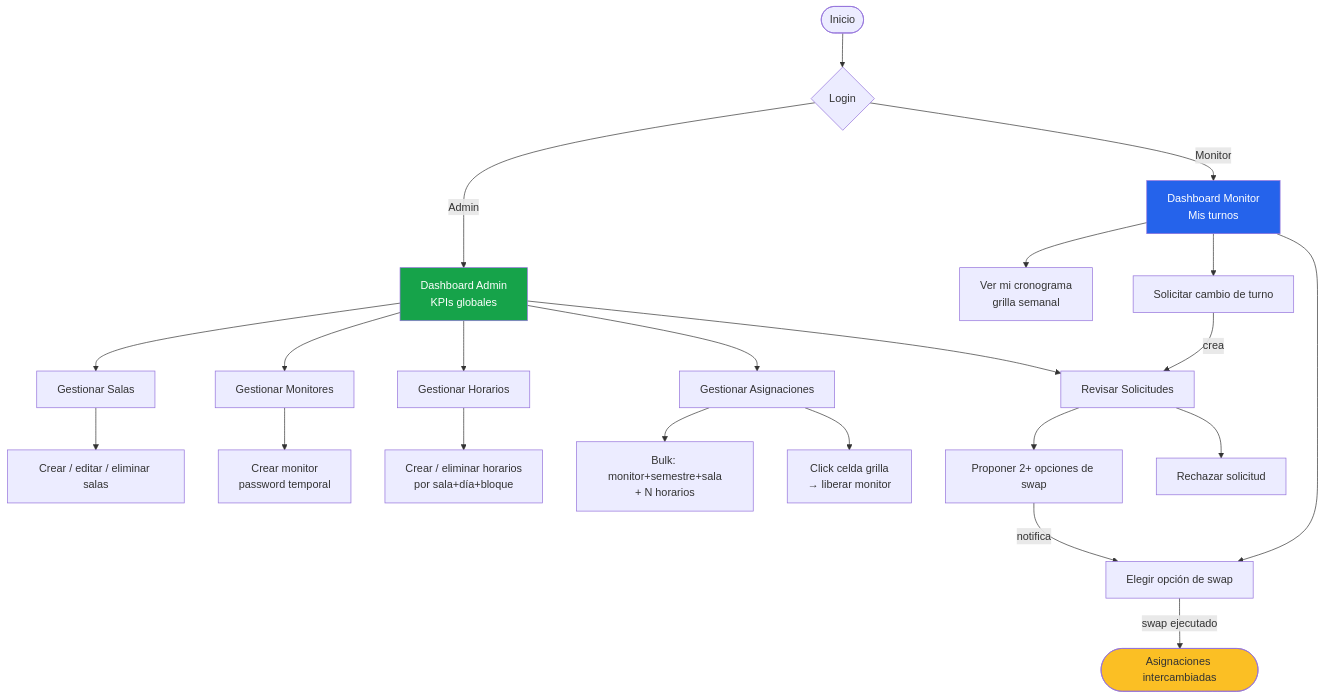
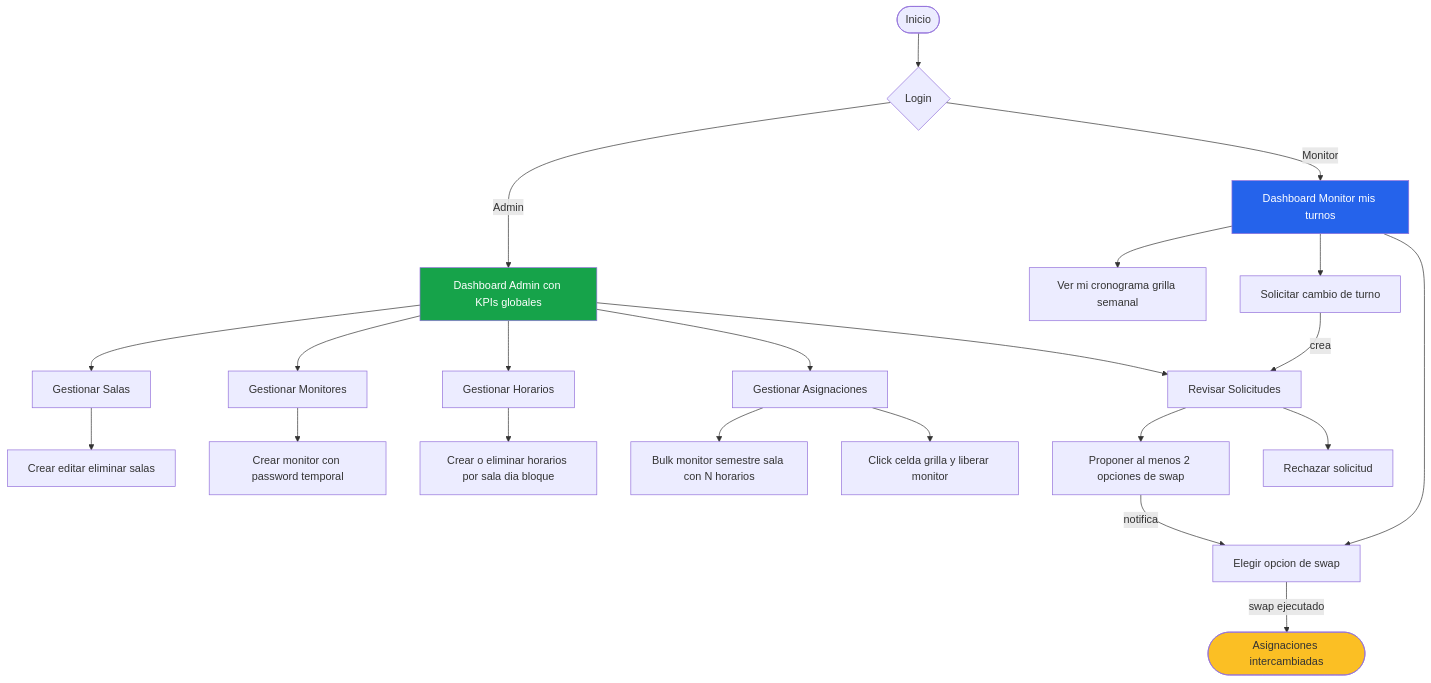
Before and after one commit to FilipaoVfx/Sistema-de-gestion-de-monitores: the ninth of 10 diagrams in README.md, drawn with Mermaid. The commit also changed other lines of this file, not shown here.

Commit message:
docs(readme): sanitiza diagramas Mermaid para GitHub renderer

````diff
--- a/README.md
+++ b/README.md
@@ -614,34 +614,32 @@
 ```mermaid
 flowchart TD
     Start([Inicio]) --> Login{Login}
-    Login -->|Admin| AdminDash[Dashboard Admin<br/>KPIs globales]
-    Login -->|Monitor| MonitorDash[Dashboard Monitor<br/>Mis turnos]
+    Login -->|Admin| AdminDash[Dashboard Admin con KPIs globales]
+    Login -->|Monitor| MonitorDash[Dashboard Monitor mis turnos]
 
-    %% Admin paths
     AdminDash --> A_Salas[Gestionar Salas]
     AdminDash --> A_Mon[Gestionar Monitores]
     AdminDash --> A_Hor[Gestionar Horarios]
     AdminDash --> A_Asig[Gestionar Asignaciones]
     AdminDash --> A_Sol[Revisar Solicitudes]
 
-    A_Salas --> A_SalasCRUD[Crear / editar / eliminar salas]
-    A_Mon --> A_MonCRUD[Crear monitor<br/>password temporal]
-    A_Hor --> A_HorCRUD[Crear / eliminar horarios<br/>por sala+día+bloque]
-    A_Asig --> A_AsigCreate[Bulk: monitor+semestre+sala<br/>+ N horarios]
-    A_Asig --> A_AsigDelete[Click celda grilla<br/>→ liberar monitor]
-    A_Sol --> A_SolPropose[Proponer 2+ opciones de swap]
+    A_Salas --> A_SalasCRUD[Crear editar eliminar salas]
+    A_Mon --> A_MonCRUD[Crear monitor con password temporal]
+    A_Hor --> A_HorCRUD[Crear o eliminar horarios por sala dia bloque]
+    A_Asig --> A_AsigCreate[Bulk monitor semestre sala con N horarios]
+    A_Asig --> A_AsigDelete[Click celda grilla y liberar monitor]
+    A_Sol --> A_SolPropose[Proponer al menos 2 opciones de swap]
     A_Sol --> A_SolReject[Rechazar solicitud]
 
-    %% Monitor paths
-    MonitorDash --> M_VerTurnos[Ver mi cronograma<br/>grilla semanal]
+    MonitorDash --> M_VerTurnos[Ver mi cronograma grilla semanal]
     MonitorDash --> M_Solicitar[Solicitar cambio de turno]
-    MonitorDash --> M_Elegir[Elegir opción de swap]
+    MonitorDash --> M_Elegir[Elegir opcion de swap]
 
     M_Solicitar -->|crea| A_Sol
     A_SolPropose -->|notifica| M_Elegir
     M_Elegir -->|swap ejecutado| End_Swap([Asignaciones intercambiadas])
 
     style AdminDash fill:#16a34a,color:#fff
     style MonitorDash fill:#2563eb,color:#fff
     style End_Swap fill:#fbbf24
 ```
````
